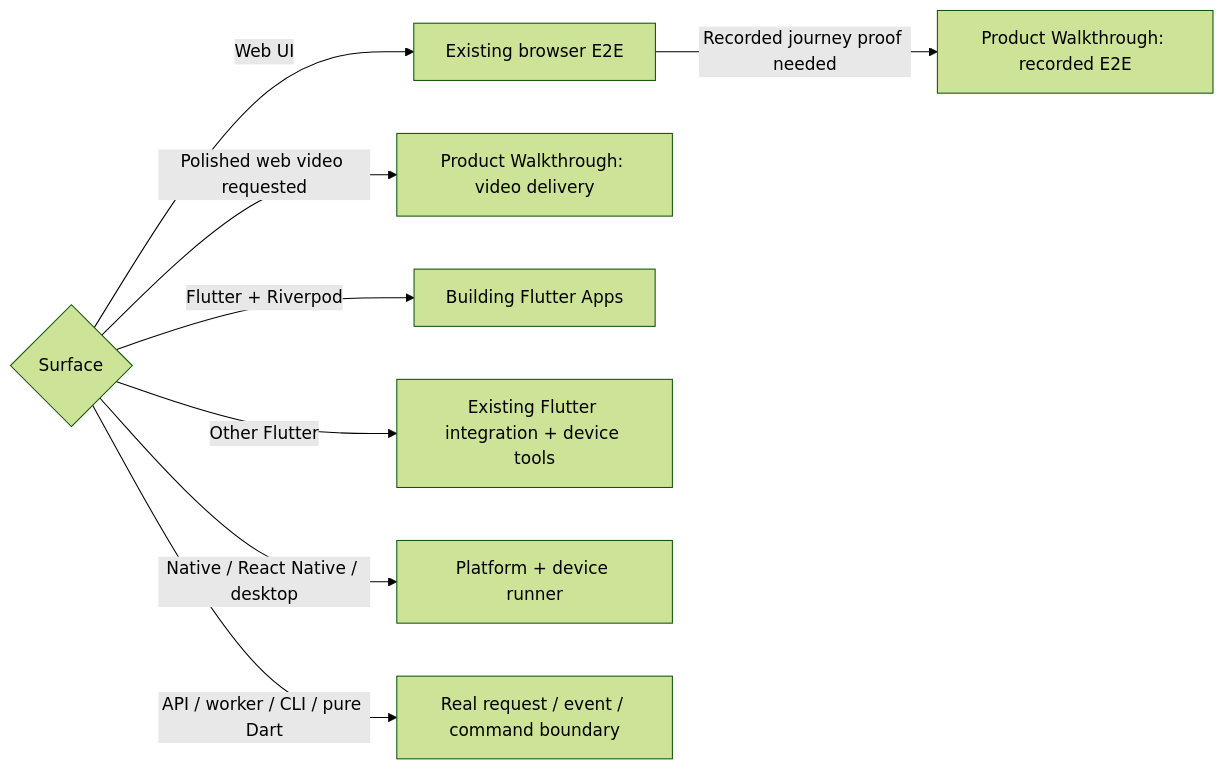
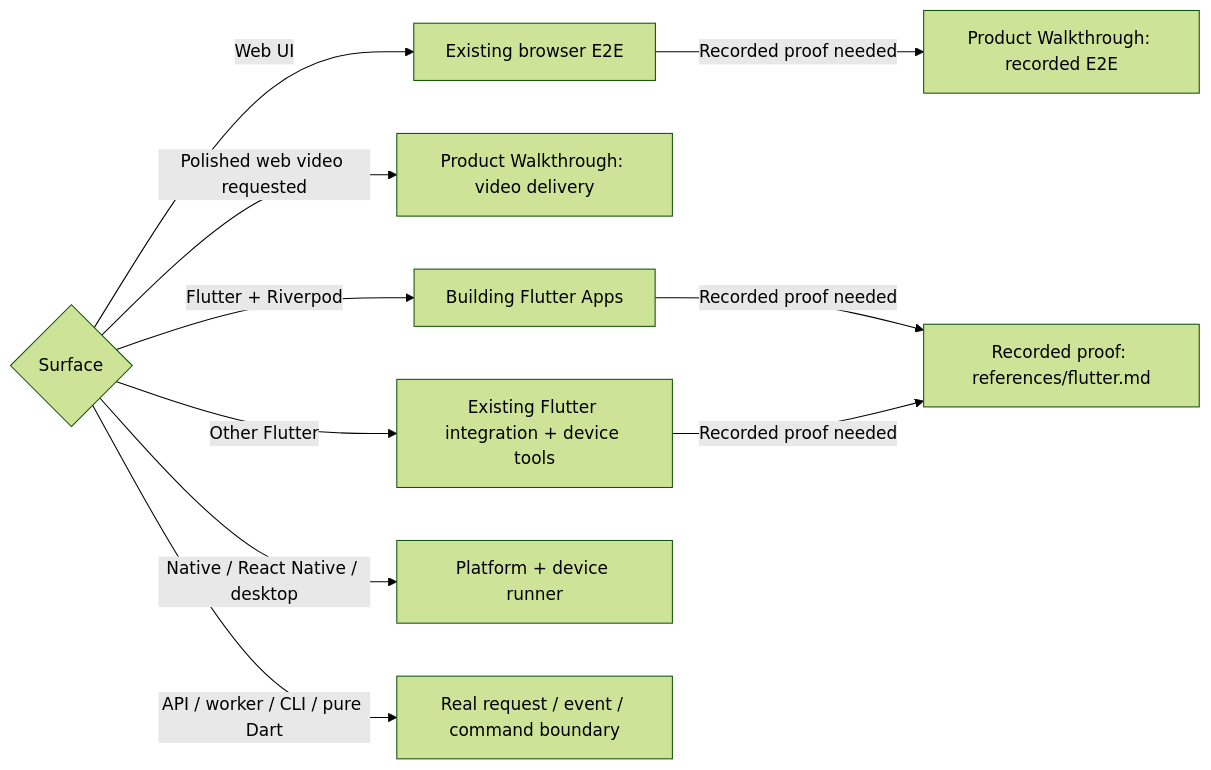
Before and after one commit to sgaabdu4/hard-eng: the diagram in .agents/skills/e2e/SKILL.md, drawn with Mermaid (forest theme). The commit also changed other lines of this file and 8 other files, not shown here.

First line of the commit message:
Register Marionette for Flutter apps and add a Flutter recorded E2E route (#116)

````diff
--- a/.agents/skills/e2e/SKILL.md
+++ b/.agents/skills/e2e/SKILL.md
@@ -12,13 +12,16 @@
 ```mermaid
 flowchart LR
   S{Surface} -->|Web UI| B[Existing browser E2E]
-  B -->|Recorded journey proof needed| V[Product Walkthrough: recorded E2E]
+  B -->|Recorded proof needed| V[Product Walkthrough: recorded E2E]
   S -->|Polished web video requested| D[Product Walkthrough: video delivery]
   S -->|Flutter + Riverpod| F[Building Flutter Apps]
   S -->|Other Flutter| I[Existing Flutter integration + device tools]
+  F -->|Recorded proof needed| G[Recorded proof: references/flutter.md]
+  I -->|Recorded proof needed| G
   S -->|Native / React Native / desktop| N[Platform + device runner]
   S -->|API / worker / CLI / pure Dart| A[Real request / event / command boundary]
   click V "../product-walkthrough-video/SKILL.md"
   click D "../product-walkthrough-video/SKILL.md"
   click F "../building-flutter-apps/SKILL.md"
+  click G "references/flutter.md"
 ```
````
